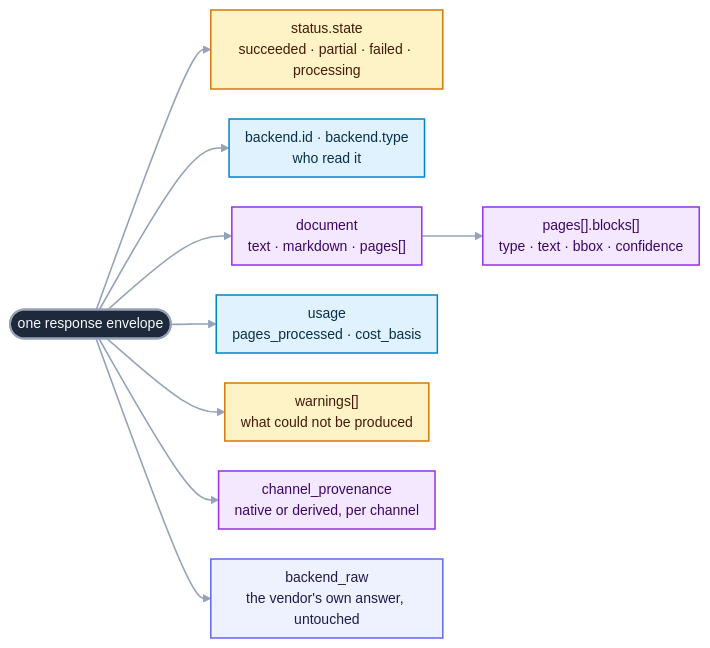
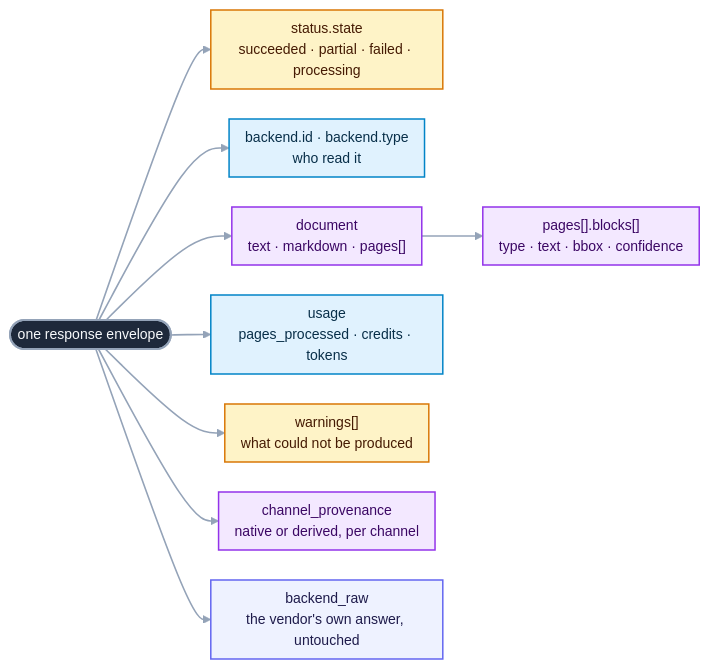
One commit to openreading-ai/openreading-core changed the first of 3 diagrams in examples/tutorial.md. Above: the diagram before and after it, drawn with Mermaid. The commit also changed other lines of this file and 216 other files, not shown here.

````diff
--- a/examples/tutorial.md
+++ b/examples/tutorial.md
@@ -175,18 +175,18 @@
 ```mermaid
 %%{init: {"theme":"base","themeVariables":{"fontFamily":"ui-sans-serif, system-ui, -apple-system, Segoe UI, Roboto, sans-serif","fontSize":"14px","lineColor":"#94a3b8","textColor":"#334155","primaryTextColor":"#0f172a","edgeLabelBackground":"#eef2f7","clusterBkg":"#f8fafc","clusterBorder":"#cbd5e1","titleColor":"#334155"},"flowchart":{"curve":"basis","nodeSpacing":30,"rankSpacing":40,"padding":8,"useMaxWidth":true}}}%%
 flowchart LR
   E(["one response envelope"]):::hero --> A["status.state<br>succeeded · partial · failed · processing"]:::gate
   E --> B["backend.id · backend.type<br>who read it"]:::work
   E --> C["document<br>text · markdown · pages[]"]:::out
-  E --> D["usage<br>pages_processed · cost_basis"]:::work
+  E --> D["usage<br>pages_processed · credits · tokens"]:::work
   E --> F["warnings[]<br>what could not be produced"]:::gate
   E --> G["channel_provenance<br>native or derived, per channel"]:::out
   E --> H["backend_raw<br>the vendor's own answer, untouched"]:::src
   C --> C1["pages[].blocks[]<br>type · text · bbox · confidence"]:::out
   classDef src fill:#eef2ff,stroke:#6366f1,stroke-width:1.5px,color:#1e1b4b;
   classDef work fill:#e0f2fe,stroke:#0284c7,stroke-width:1.5px,color:#082f49;
   classDef gate fill:#fef3c7,stroke:#d97706,stroke-width:1.5px,color:#451a03;
   classDef out fill:#f3e8ff,stroke:#9333ea,stroke-width:1.5px,color:#3b0764;
   classDef hero fill:#1e293b,stroke:#94a3b8,stroke-width:2px,color:#f8fafc;
   linkStyle default stroke-width:1.6px;
 ```
````
